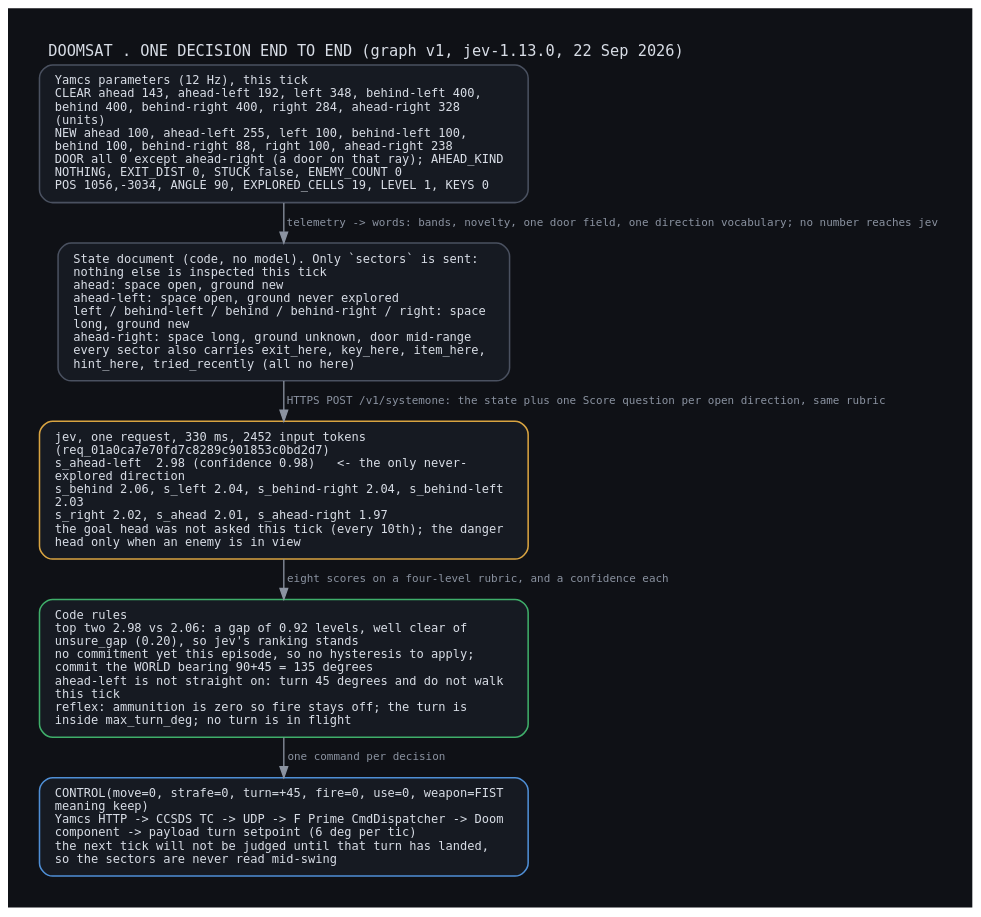
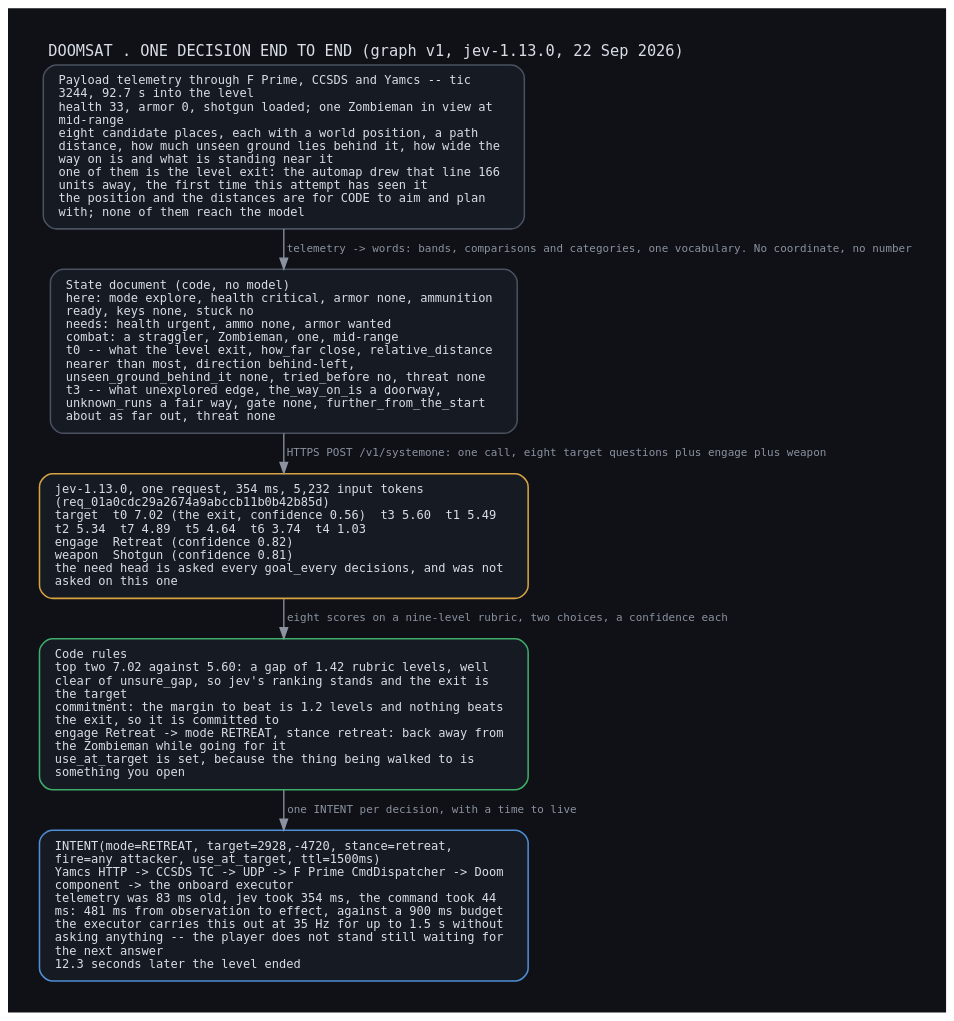
One commit to Devonance/DoomSat changed the diagram in docs/diagrams/decision_flow.dot. Above: the diagram before and after it, drawn with Graphviz. The commit also changed 7 other files, not shown here.

```diff
--- a/docs/diagrams/decision_flow.dot
+++ b/docs/diagrams/decision_flow.dot
@@ -1,15 +1,15 @@
 digraph F {
   graph [bgcolor="#0f1116", rankdir=TB, fontname="DejaVu Sans Mono", fontcolor="#d8dde6", labelloc=t, labeljust=l, nodesep=0.3, ranksep=0.35, pad=0.4,
          label="DOOMSAT . ONE DECISION END TO END (graph v1, jev-1.13.0, 22 Sep 2026)\l"];
   node [shape=box, style="rounded,filled", fillcolor="#161a22", fontname="DejaVu Sans Mono", fontsize=11, fontcolor="#d8dde6", penwidth=1.4, margin="0.2,0.12"];
   edge [color="#8b93a1", fontname="DejaVu Sans Mono", fontsize=10, fontcolor="#8b93a1", penwidth=1.2];
-  b0 [label="Yamcs parameters (12 Hz), this tick\lCLEAR ahead 143, ahead-left 192, left 348, behind-left 400,\lbehind 400, behind-right 400, right 284, ahead-right 328\l(units)\lNEW ahead 100, ahead-left 255, left 100, behind-left 100,\lbehind 100, behind-right 88, right 100, ahead-right 238\lDOOR all 0 except ahead-right (a door on that ray); AHEAD_KIND\lNOTHING, EXIT_DIST 0, STUCK false, ENEMY_COUNT 0\lPOS 1056,-3034, ANGLE 90, EXPLORED_CELLS 19, LEVEL 1, KEYS 0\l", color="#4a5160"];
-  b1 [label="State document (code, no model). Only `sectors` is sent:\lnothing else is inspected this tick\lahead: space open, ground new\lahead-left: space open, ground never explored\lleft / behind-left / behind / behind-right / right: space\llong, ground new\lahead-right: space long, ground unknown, door mid-range\levery sector also carries exit_here, key_here, item_here,\lhint_here, tried_recently (all no here)\l", color="#4a5160"];
-  b2 [label="jev, one request, 330 ms, 2452 input tokens\l(req_01a0ca7e70fd7c8289c901853c0bd2d7)\ls_ahead-left  2.98 (confidence 0.98)   <- the only never-\lexplored direction\ls_behind 2.06, s_left 2.04, s_behind-right 2.04, s_behind-left\l2.03\ls_right 2.02, s_ahead 2.01, s_ahead-right 1.97\lthe goal head was not asked this tick (every 10th); the danger\lhead only when an enemy is in view\l", color="#d9a441"];
-  b3 [label="Code rules\ltop two 2.98 vs 2.06: a gap of 0.92 levels, well clear of\lunsure_gap (0.20), so jev's ranking stands\lno commitment yet this episode, so no hysteresis to apply;\lcommit the WORLD bearing 90+45 = 135 degrees\lahead-left is not straight on: turn 45 degrees and do not walk\lthis tick\lreflex: ammunition is zero so fire stays off; the turn is\linside max_turn_deg; no turn is in flight\l", color="#3fae6a"];
-  b4 [label="CONTROL(move=0, strafe=0, turn=+45, fire=0, use=0, weapon=FIST\lmeaning keep)\lYamcs HTTP -> CCSDS TC -> UDP -> F Prime CmdDispatcher -> Doom\lcomponent -> payload turn setpoint (6 deg per tic)\lthe next tick will not be judged until that turn has landed,\lso the sectors are never read mid-swing\l", color="#4f8fd6"];
-  b0 -> b1 [label=" telemetry -> words: bands, novelty, one door field, one direction vocabulary; no number reaches jev"];
-  b1 -> b2 [label=" HTTPS POST /v1/systemone: the state plus one Score question per open direction, same rubric"];
-  b2 -> b3 [label=" eight scores on a four-level rubric, and a confidence each"];
-  b3 -> b4 [label=" one command per decision"];
+  b0 [label="Payload telemetry through F Prime, CCSDS and Yamcs -- tic\l3244, 92.7 s into the level\lhealth 33, armor 0, shotgun loaded; one Zombieman in view at\lmid-range\leight candidate places, each with a world position, a path\ldistance, how much unseen ground lies behind it, how wide the\lway on is and what is standing near it\lone of them is the level exit: the automap drew that line 166\lunits away, the first time this attempt has seen it\lthe position and the distances are for CODE to aim and plan\lwith; none of them reach the model\l", color="#4a5160"];
+  b1 [label="State document (code, no model)\lhere: mode explore, health critical, armor none, ammunition\lready, keys none, stuck no\lneeds: health urgent, ammo none, armor wanted\lcombat: a straggler, Zombieman, one, mid-range\lt0 -- what the level exit, how_far close, relative_distance\lnearer than most, direction behind-left,\lunseen_ground_behind_it none, tried_before no, threat none\lt3 -- what unexplored edge, the_way_on_is a doorway,\lunknown_runs a fair way, gate none, further_from_the_start\labout as far out, threat none\l", color="#4a5160"];
+  b2 [label="jev-1.13.0, one request, 354 ms, 5,232 input tokens\l(req_01a0cdc29a2674a9abccb11b0b42b85d)\ltarget  t0 7.02 (the exit, confidence 0.56)  t3 5.60  t1 5.49\lt2 5.34  t7 4.89  t5 4.64  t6 3.74  t4 1.03\lengage  Retreat (confidence 0.82)\lweapon  Shotgun (confidence 0.81)\lthe need head is asked every goal_every decisions, and was not\lasked on this one\l", color="#d9a441"];
+  b3 [label="Code rules\ltop two 7.02 against 5.60: a gap of 1.42 rubric levels, well\lclear of unsure_gap, so jev's ranking stands and the exit is\lthe target\lcommitment: the margin to beat is 1.2 levels and nothing beats\lthe exit, so it is committed to\lengage Retreat -> mode RETREAT, stance retreat: back away from\lthe Zombieman while going for it\luse_at_target is set, because the thing being walked to is\lsomething you open\l", color="#3fae6a"];
+  b4 [label="INTENT(mode=RETREAT, target=2928,-4720, stance=retreat,\lfire=any attacker, use_at_target, ttl=1500ms)\lYamcs HTTP -> CCSDS TC -> UDP -> F Prime CmdDispatcher -> Doom\lcomponent -> the onboard executor\ltelemetry was 83 ms old, jev took 354 ms, the command took 44\lms: 481 ms from observation to effect, against a 900 ms budget\lthe executor carries this out at 35 Hz for up to 1.5 s without\lasking anything -- the player does not stand still waiting for\lthe next answer\l12.3 seconds later the level ended\l", color="#4f8fd6"];
+  b0 -> b1 [label=" telemetry -> words: bands, comparisons and categories, one vocabulary. No coordinate, no number"];
+  b1 -> b2 [label=" HTTPS POST /v1/systemone: one call, eight target questions plus engage plus weapon"];
+  b2 -> b3 [label=" eight scores on a nine-level rubric, two choices, a confidence each"];
+  b3 -> b4 [label=" one INTENT per decision, with a time to live"];
 }
```
